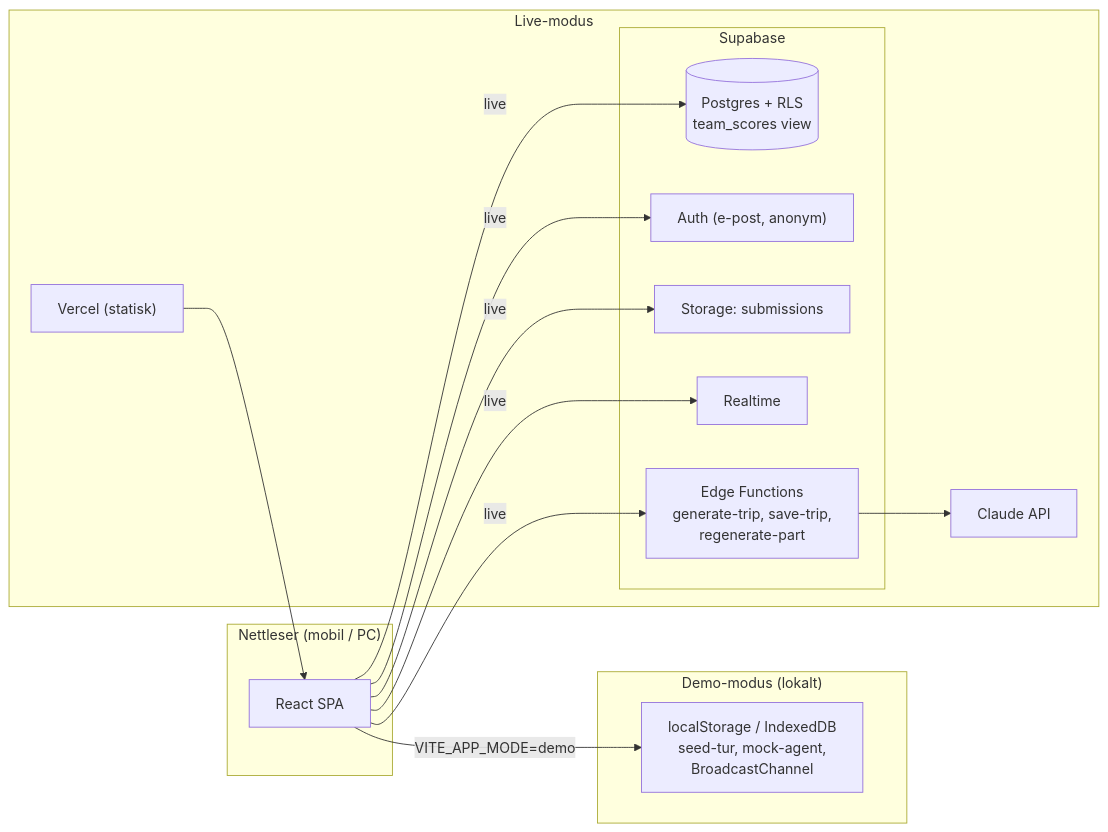
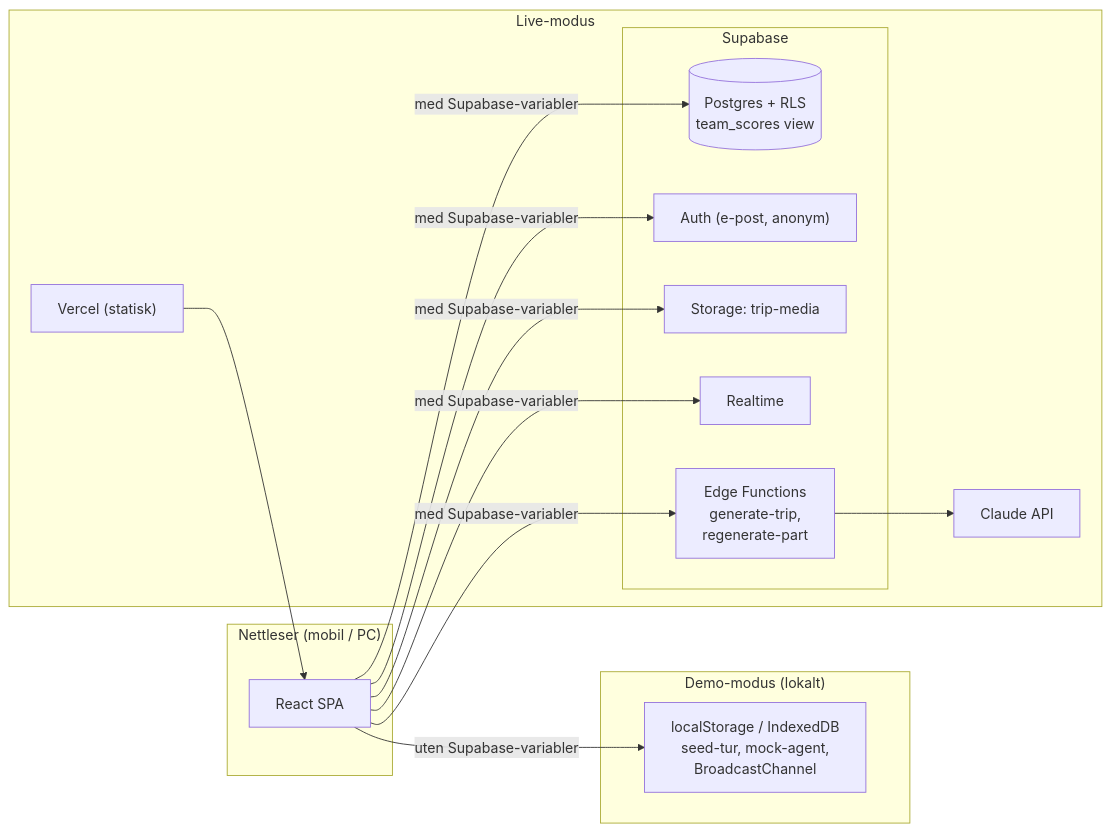
The third of 3 diagrams in planning-artifacts/architecture/architecture-G128-johansen-rena-2026-10-28/ARCHITECTURE-SPINE.md (IBE160-2026/G128-johansen-rena), drawn with Mermaid before and after one commit. The commit also changed other lines of this file and 5 other files, not shown here.

````diff
--- a/planning-artifacts/architecture/architecture-G128-johansen-rena-2026-10-28/ARCHITECTURE-SPINE.md
+++ b/planning-artifacts/architecture/architecture-G128-johansen-rena-2026-10-28/ARCHITECTURE-SPINE.md
@@ -232,24 +239,24 @@
 ```mermaid
 flowchart LR
   subgraph Klient["Nettleser (mobil / PC)"]
     SPA["React SPA"]
   end
   subgraph Demo["Demo-modus (lokalt)"]
     LS["localStorage / IndexedDB<br/>seed-tur, mock-agent,<br/>BroadcastChannel"]
   end
   subgraph Live["Live-modus"]
     V["Vercel (statisk)"]
     subgraph SB["Supabase"]
       DB[("Postgres + RLS<br/>team_scores view")]
       AU["Auth (e-post, anonym)"]
-      ST["Storage: submissions"]
+      ST["Storage: trip-media"]
       RT["Realtime"]
-      EF["Edge Functions<br/>generate-trip, save-trip,<br/>regenerate-part"]
+      EF["Edge Functions<br/>generate-trip,<br/>regenerate-part"]
     end
     C["Claude API"]
   end
-  SPA -- VITE_APP_MODE=demo --> LS
+  SPA -- uten Supabase-variabler --> LS
   V --> SPA
-  SPA -- live --> DB & AU & ST & RT & EF
+  SPA -- med Supabase-variabler --> DB & AU & ST & RT & EF
   EF --> C
 ```
````
